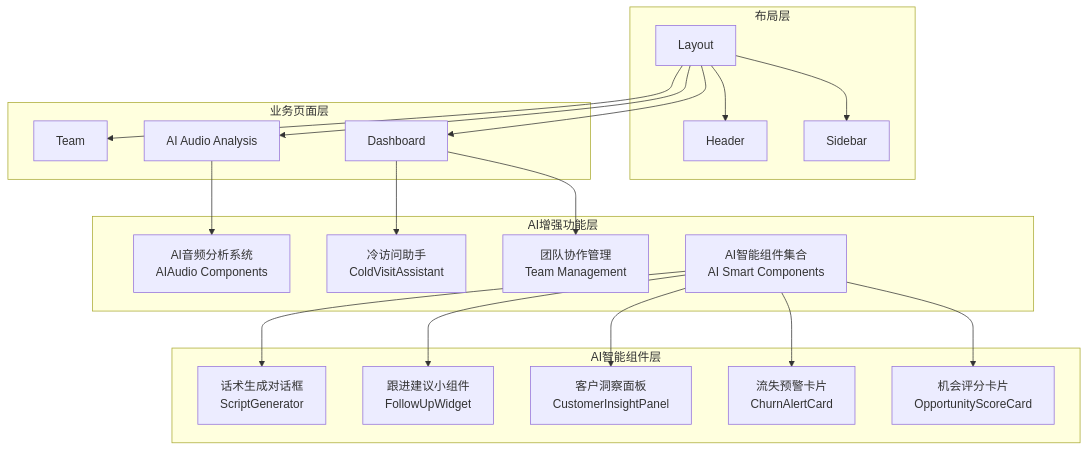
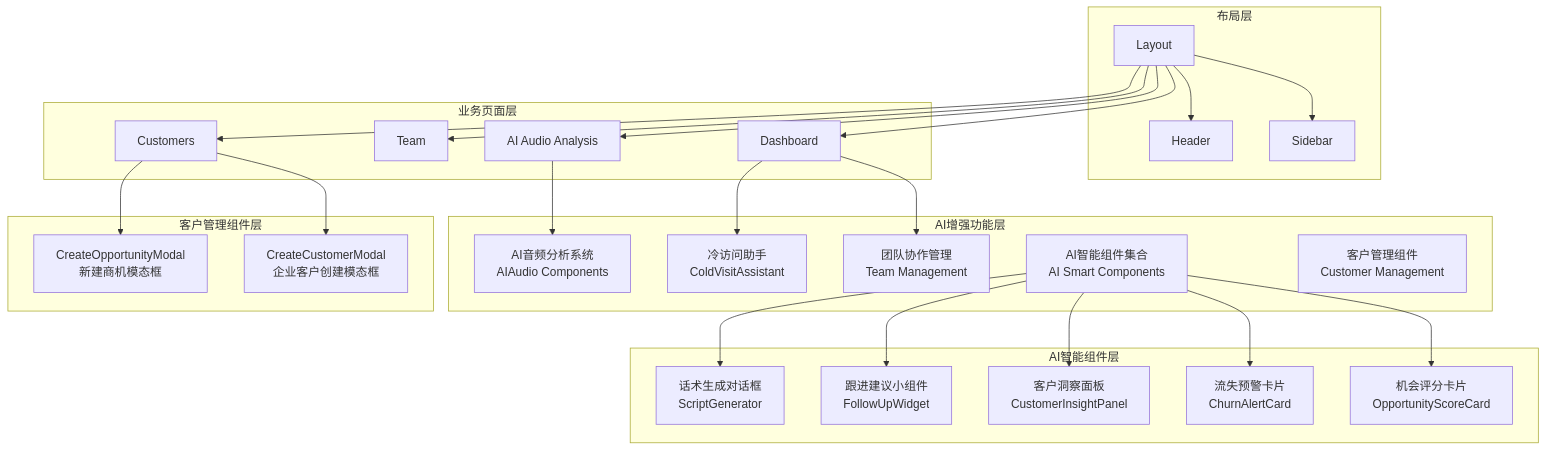
The second of 12 diagrams in .qoder/repowiki/zh/content/核心组件/核心组件.md (xianjianshenqu/SalesFlow-CRM), drawn with Mermaid before and after one commit. The commit also changed other lines of this file and 11 other files, not shown here.

````diff
--- a/.qoder/repowiki/zh/content/核心组件/核心组件.md
+++ b/.qoder/repowiki/zh/content/核心组件/核心组件.md
@@ -110,39 +122,48 @@
 ```mermaid
 graph TB
 subgraph "AI增强功能层"
 CA["冷访问助手<br/>ColdVisitAssistant"]
 AI["AI音频分析系统<br/>AIAudio Components"]
 TM["团队协作管理<br/>Team Management"]
 AIC["AI智能组件集合<br/>AI Smart Components"]
+CM["客户管理组件<br/>Customer Management"]
+end
+subgraph "客户管理组件层"
+CCM["CreateCustomerModal<br/>企业客户创建模态框"]
+COM["CreateOpportunityModal<br/>新建商机模态框"]
 end
 subgraph "AI智能组件层"
 OSC["机会评分卡片<br/>OpportunityScoreCard"]
 CAC["流失预警卡片<br/>ChurnAlertCard"]
 CIP["客户洞察面板<br/>CustomerInsightPanel"]
 FW["跟进建议小组件<br/>FollowUpWidget"]
 SG["话术生成对话框<br/>ScriptGenerator"]
 end
 subgraph "布局层"
 L["Layout"]
 S["Sidebar"]
 H["Header"]
 end
 subgraph "业务页面层"
 D["Dashboard"]
 A["AI Audio Analysis"]
 T["Team"]
+C["Customers"]
 end
 L --> S
 L --> H
 L --> D
 L --> A
 L --> T
+L --> C
+C --> CCM
+C --> COM
 A --> AI
 D --> TM
 D --> CA
 AIC --> OSC
 AIC --> CAC
 AIC --> CIP
 AIC --> FW
 AIC --> SG
 ```
````
